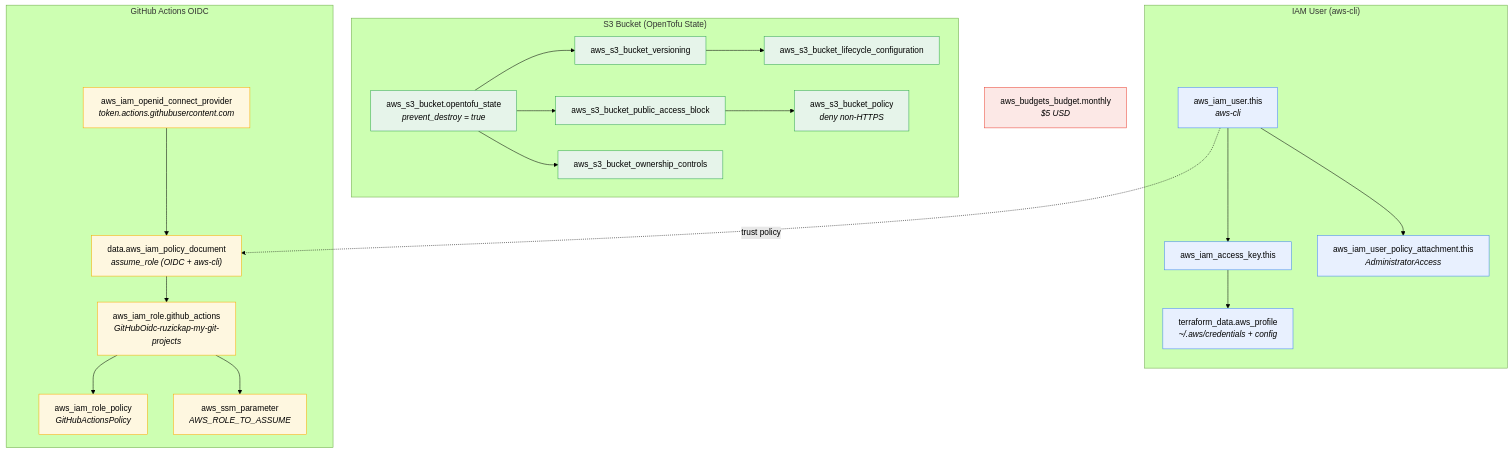
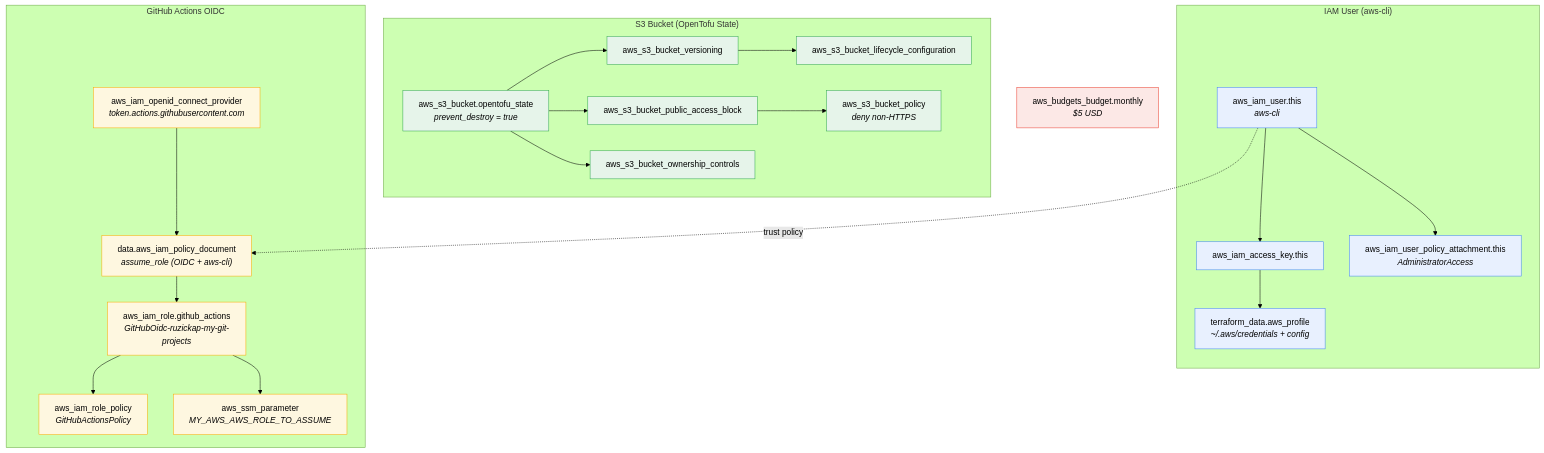
Before and after one commit to ruzickap/my-git-projects: the first of 2 diagrams in opentofu/aws/README.md, drawn with Mermaid (forest theme). The commit also changed 5 other files, not shown here.

Commit message:
feat: update AWS role references to MY_AWS_AWS_ROLE_TO_ASSUME

````diff
--- a/opentofu/aws/README.md
+++ b/opentofu/aws/README.md
@@ -29,54 +29,54 @@
 ```mermaid
 flowchart TD
     subgraph iam_user ["IAM User (aws-cli)"]
         user["aws_iam_user.this<br/><i>aws-cli</i>"]
         key["aws_iam_access_key.this"]
         policy_attach["aws_iam_user_policy_attachment.this<br/><i>AdministratorAccess</i>"]
         profile["terraform_data.aws_profile<br/><i>~/.aws/credentials + config</i>"]
     end
 
     user --> key
     user --> policy_attach
     key --> profile
 
     subgraph s3 ["S3 Bucket (OpenTofu State)"]
         bucket["aws_s3_bucket.opentofu_state<br/><i>prevent_destroy = true</i>"]
         versioning["aws_s3_bucket_versioning"]
         public_access["aws_s3_bucket_public_access_block"]
         ownership["aws_s3_bucket_ownership_controls"]
         lifecycle["aws_s3_bucket_lifecycle_configuration"]
         bucket_policy["aws_s3_bucket_policy<br/><i>deny non-HTTPS</i>"]
     end
 
     bucket --> versioning
     bucket --> public_access
     bucket --> ownership
     versioning --> lifecycle
     public_access --> bucket_policy
 
     subgraph oidc ["GitHub Actions OIDC"]
         oidc_provider["aws_iam_openid_connect_provider<br/><i>token.actions.githubusercontent.com</i>"]
         assume_doc["data.aws_iam_policy_document<br/><i>assume_role (OIDC + aws-cli)</i>"]
         role["aws_iam_role.github_actions<br/><i>GitHubOidc-ruzickap-my-git-projects</i>"]
         role_policy["aws_iam_role_policy<br/><i>GitHubActionsPolicy</i>"]
-        ssm_param["aws_ssm_parameter<br/><i>AWS_ROLE_TO_ASSUME</i>"]
+        ssm_param["aws_ssm_parameter<br/><i>MY_AWS_AWS_ROLE_TO_ASSUME</i>"]
     end
 
     oidc_provider --> assume_doc
     user -.->|trust policy| assume_doc
     assume_doc --> role
     role --> role_policy
     role --> ssm_param
 
     budget["aws_budgets_budget.monthly<br/><i>$5 USD</i>"]
 
     classDef iam fill:#e8f0fe,stroke:#4285f4
     classDef storage fill:#e6f4ea,stroke:#34a853
     classDef oidcStyle fill:#fef7e0,stroke:#f9ab00
     classDef standalone fill:#fce8e6,stroke:#ea4335
 
     class user,key,policy_attach,profile iam
     class bucket,versioning,public_access,ownership,lifecycle,bucket_policy storage
     class oidc_provider,assume_doc,role,role_policy,ssm_param oidcStyle
     class budget standalone
 ```
````
